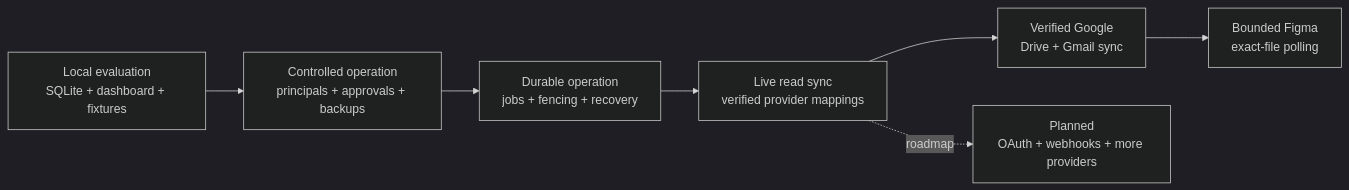
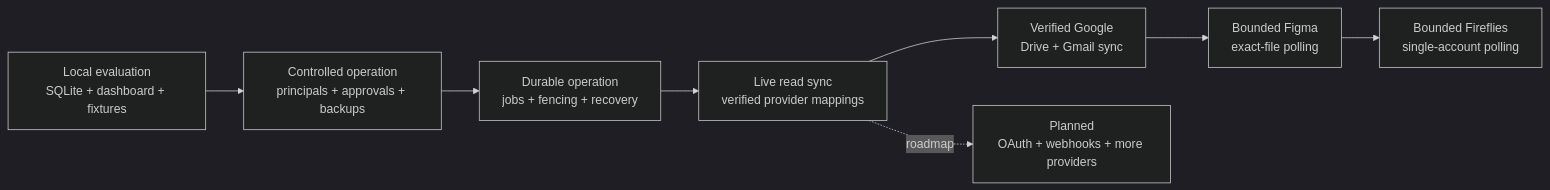
One commit to wasayijaz/Auremgrid-Company-OS changed the sixth of 6 diagrams in README.md. Above: the diagram before and after it, drawn with Mermaid (dark theme). The commit also changed other lines of this file and 9 other files, not shown here.

Commit message:
feat(connectors): enable single-account Fireflies live read synchronization

````diff
--- a/README.md
+++ b/README.md
@@ -174,9 +174,10 @@
 ```mermaid
 flowchart LR
     Local[Local evaluation<br/>SQLite + dashboard + fixtures] --> Controlled[Controlled operation<br/>principals + approvals + backups]
     Controlled --> Durable[Durable operation<br/>jobs + fencing + recovery]
     Durable --> Live[Live read sync<br/>verified provider mappings]
     Live --> Google[Verified Google<br/>Drive + Gmail sync]
     Google --> Figma[Bounded Figma<br/>exact-file polling]
+    Figma --> Fireflies[Bounded Fireflies<br/>single-account polling]
     Live -. roadmap .-> Planned[Planned<br/>OAuth + webhooks + more providers]
 ```
````
